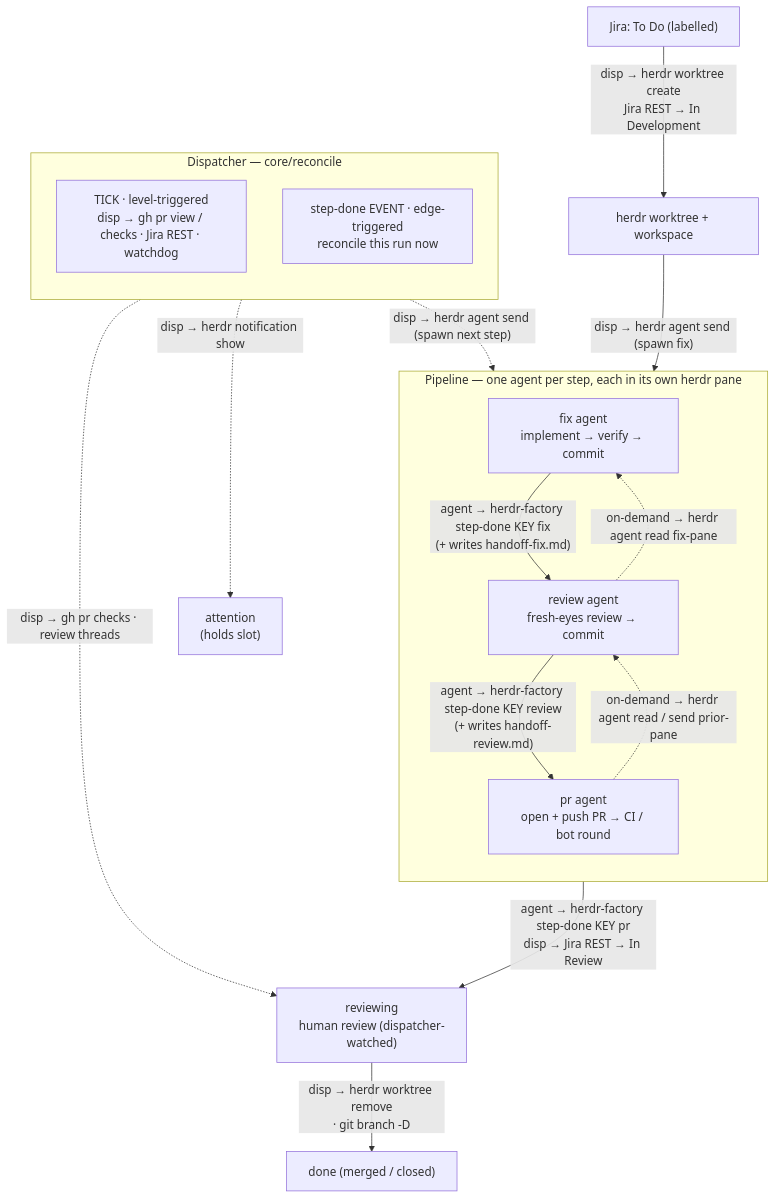
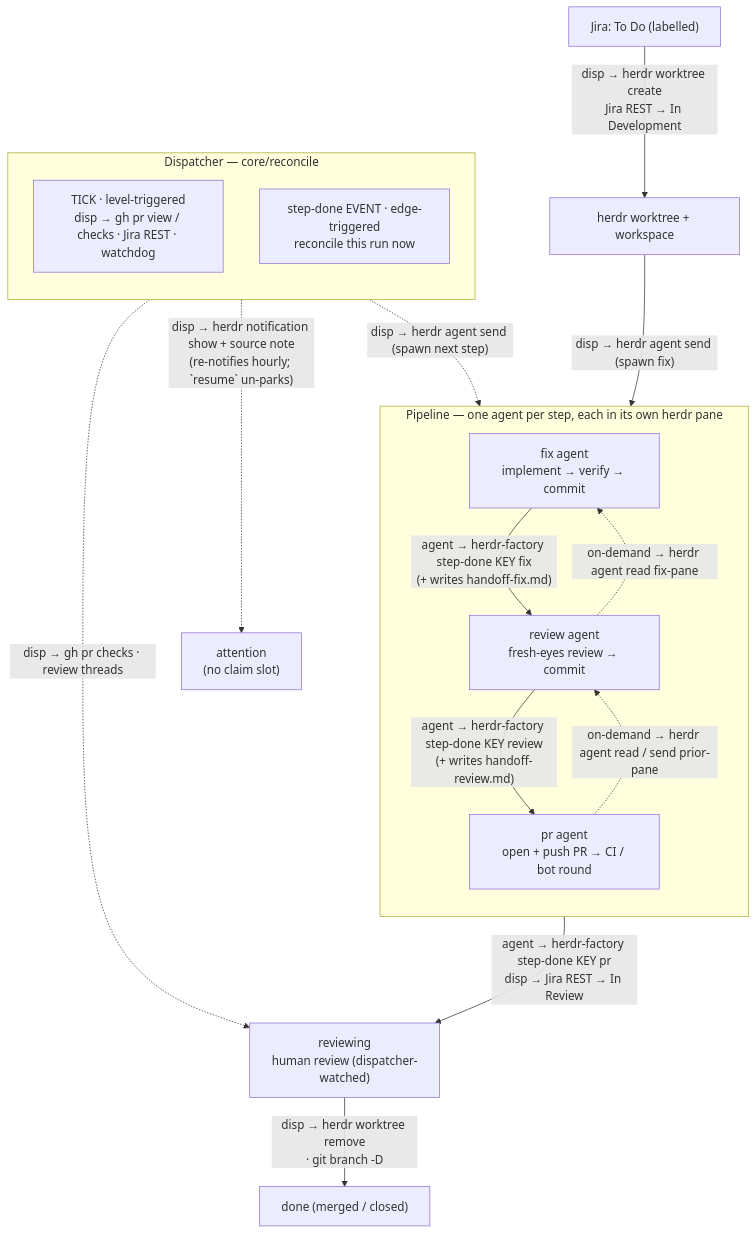
Before and after one commit to razajamil/herdr-factory: the diagram in docs/ARCHITECTURE.md, drawn with Mermaid. The commit also changed other lines of this file, not shown here.

First line of the commit message:
docs(architecture): sync with the reliability & scale pass (and drifted sections)

````diff
--- a/docs/ARCHITECTURE.md
+++ b/docs/ARCHITECTURE.md
@@ -376,29 +476,29 @@
 ```mermaid
 flowchart TD
     subgraph PIPE["Pipeline — one agent per step, each in its own herdr pane"]
       direction TB
       fix["fix agent<br/>implement → verify → commit"]
       review["review agent<br/>fresh-eyes review → commit"]
       pr["pr agent<br/>open + push PR → CI / bot round"]
       fix -->|"agent → herdr-factory step-done KEY fix<br/>(+ writes handoff-fix.md)"| review
       review -->|"agent → herdr-factory step-done KEY review<br/>(+ writes handoff-review.md)"| pr
     end
 
     subgraph DISP["Dispatcher — core/reconcile"]
       direction TB
       tick["TICK · level-triggered<br/>disp → gh pr view / checks · Jira REST · watchdog"]
       nudge["step-done EVENT · edge-triggered<br/>reconcile this run now"]
     end
 
     todo["Jira: To Do (labelled)"] -->|"disp → herdr worktree create<br/>Jira REST → In Development"| wt["herdr worktree + workspace"]
     wt -->|"disp → herdr agent send (spawn fix)"| fix
     pr -->|"agent → herdr-factory step-done KEY pr<br/>disp → Jira REST → In Review"| human["reviewing<br/>human review (dispatcher-watched)"]
     human -->|"disp → herdr worktree remove<br/>· git branch -D"| done["done (merged / closed)"]
 
     nudge -.->|"disp → herdr agent send (spawn next step)"| PIPE
     tick -.->|"disp → gh pr checks · review threads"| human
-    tick -.->|"disp → herdr notification show"| attention["attention<br/>(holds slot)"]
+    tick -.->|"disp → herdr notification show + source note<br/>(re-notifies hourly; `resume` un-parks)"| attention["attention<br/>(no claim slot)"]
 
     review -.->|"on-demand → herdr agent read fix-pane"| fix
     pr -.->|"on-demand → herdr agent read / send prior-pane"| review
 ```
````
